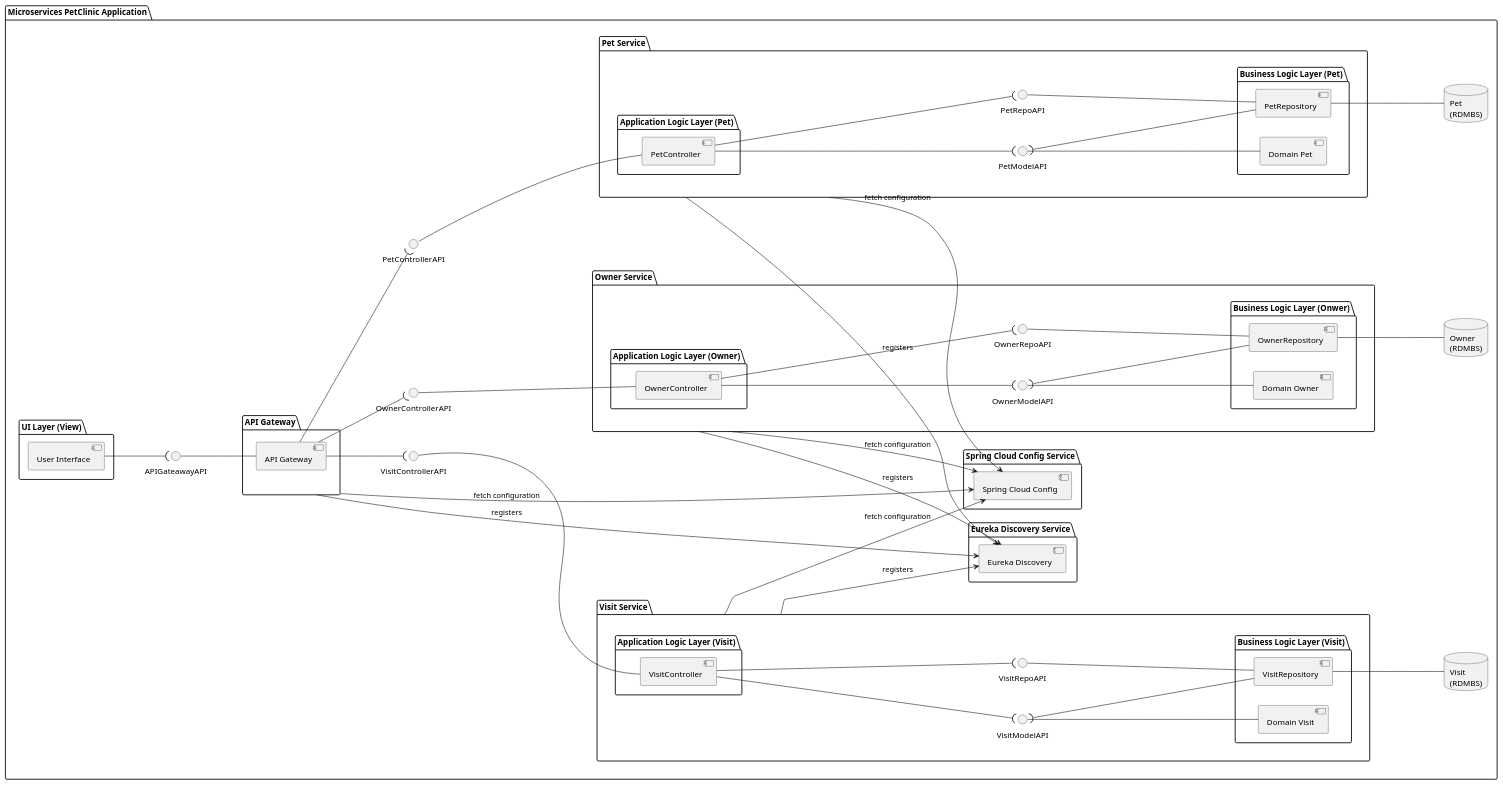
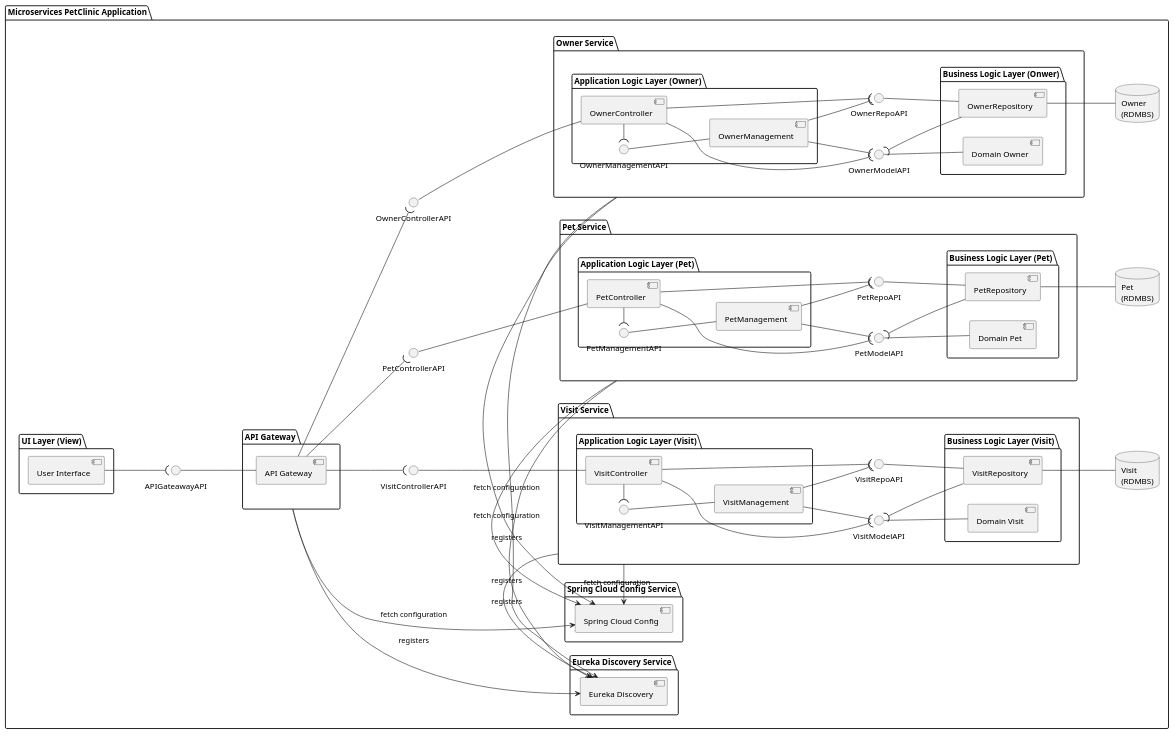
One commit to NunoMarmeleiro/spring-petclinic changed the diagram in docs/PetClinic_VL_L3_Microservices.puml. Above: the diagram before and after it, drawn with PlantUML. The commit also changed 1 other file, not shown here.

Commit message:
Updated PetClinic VL L3 Microservices and Created delete pet SD Microservices

```diff
--- a/docs/PetClinic_VL_L3_Microservices.puml
+++ b/docs/PetClinic_VL_L3_Microservices.puml
@@ -1,107 +1,120 @@
-@startuml PETCLINIC MICROSERVICES
+@startuml PETCLINIC MICROSERVICES VL L3
 
 left to right direction
 'skinparam linetype ortho
 
 package "Microservices PetClinic Application"{
 
 
     package "Eureka Discovery Service" {
         [Eureka Discovery]
     }
     
     package "Spring Cloud Config Service" {
         [Spring Cloud Config]
     }
 
     package "UI Layer (View)" {
         [User Interface]
     }
 
     package ApiGatewayPackage as "API Gateway" {
         [API Gateway]
     }
     APIGateawayAPI--[API Gateway]
-    ApiGatewayPackage --> [Eureka Discovery]  : registers
-    ApiGatewayPackage --> [Spring Cloud Config] : fetch configuration
+    ApiGatewayPackage -> [Eureka Discovery]  : registers
+    ApiGatewayPackage -> [Spring Cloud Config] : fetch configuration
 
     package "Visit Service" {
         package "Application Logic Layer (Visit)" {
             [VisitController]
+            VisitManagementAPI--[VisitManagement]
+            [VisitController] -( VisitManagementAPI
         }
 
         package "Business Logic Layer (Visit)" {
             [Domain Visit]
             [VisitRepository]
         }
         VisitModelAPI -- [Domain Visit] 
         VisitRepoAPI -- [VisitRepository] 
         [VisitController] --( VisitModelAPI
         [VisitController] --( VisitRepoAPI
         [VisitRepository] --( VisitModelAPI
+        [VisitManagement] --( VisitModelAPI
+        [VisitManagement] --( VisitRepoAPI
+
     }
     VisitControllerAPI -- [VisitController]
-    "Visit Service" --> [Eureka Discovery] : registers
-    "Visit Service"--> [Spring Cloud Config] : fetch configuration
+    "Visit Service" -> [Eureka Discovery] : registers
+    "Visit Service" -> [Spring Cloud Config] : fetch configuration
 
     package "Pet Service" {
         package "Application Logic Layer (Pet)" {
             [PetController]
+            PetManagementAPI--[PetManagement]
+            [PetController] -( PetManagementAPI
             
         }
 
         package "Business Logic Layer (Pet)" {
             [Domain Pet]
             [PetRepository]
         }
         PetModelAPI -- [Domain Pet] 
         PetRepoAPI -- [PetRepository] 
         [PetController] --( PetModelAPI
         [PetController] --( PetRepoAPI
         [PetRepository] --( PetModelAPI
+        [PetManagement] --( PetModelAPI
+        [PetManagement] --( PetRepoAPI
     }
     PetControllerAPI -- [PetController]
-    "Pet Service" --> [Eureka Discovery]: registers
-    "Pet Service" --> [Spring Cloud Config] : fetch configuration
+    "Pet Service" -> [Eureka Discovery]: registers
+    "Pet Service" -> [Spring Cloud Config] : fetch configuration
     
 
     package "Owner Service" {
         package "Application Logic Layer (Owner)" {
             [OwnerController]
+            OwnerManagementAPI--[OwnerManagement]
+            [OwnerController] -( OwnerManagementAPI
         }
 
         package "Business Logic Layer (Onwer)" {
             [Domain Owner]
             [OwnerRepository]
         }
         OwnerModelAPI -- [Domain Owner] 
         OwnerRepoAPI -- [OwnerRepository] 
         [OwnerController] --( OwnerModelAPI
         [OwnerController] --( OwnerRepoAPI
         [OwnerRepository] --( OwnerModelAPI
+        [OwnerManagement] --( OwnerModelAPI
+        [OwnerManagement] --( OwnerRepoAPI
     }
     OwnerControllerAPI -- [OwnerController]
-    "Owner Service" --> [Eureka Discovery] : registers
-    "Owner Service" --> [Spring Cloud Config] : fetch configuration
+    "Owner Service" -> [Eureka Discovery] : registers
+    "Owner Service" -> [Spring Cloud Config] : fetch configuration
 
     
     database VisitDB as "Visit\n(RDMBS)"
     database PetDB as "Pet\n(RDMBS)"
     database OwnerDB as "Owner\n(RDMBS)"
 
     [VisitRepository] -- VisitDB
     [PetRepository] -- PetDB
     [OwnerRepository] -- OwnerDB
 
 
     [User Interface] --( APIGateawayAPI
     [API Gateway] --( VisitControllerAPI
     [API Gateway] --( PetControllerAPI
     [API Gateway] --( OwnerControllerAPI
     
 
 
 
 }
 
 @enduml
```
